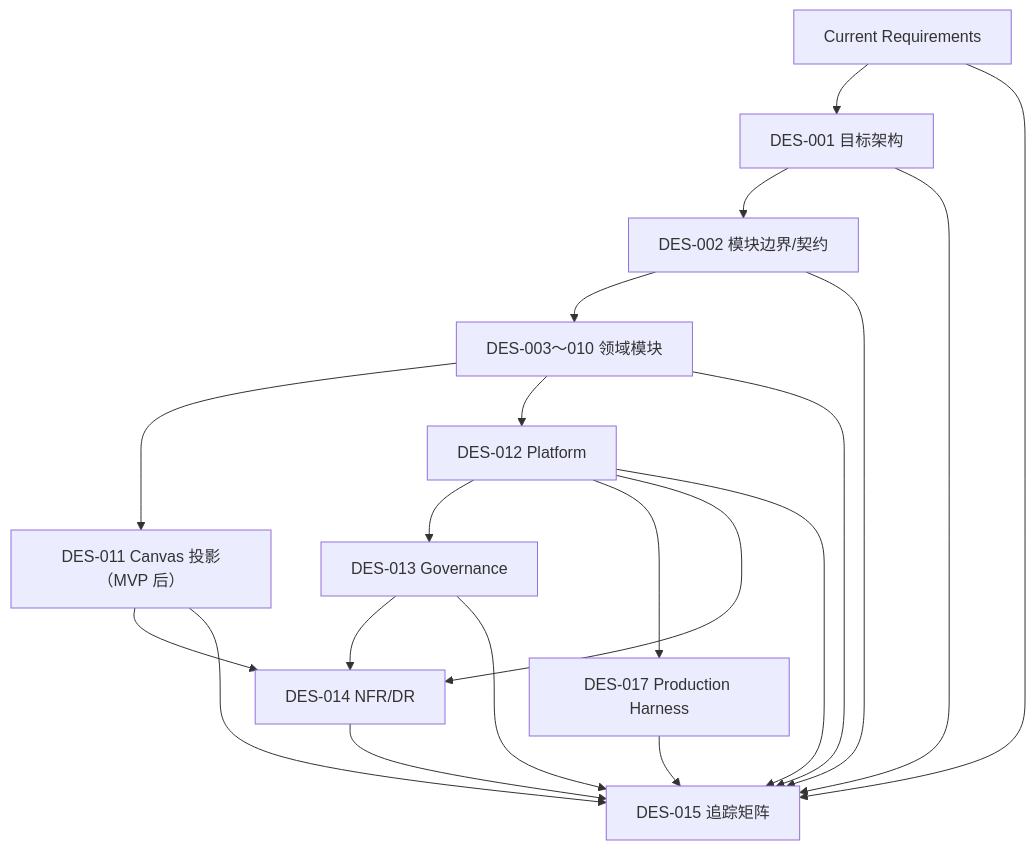
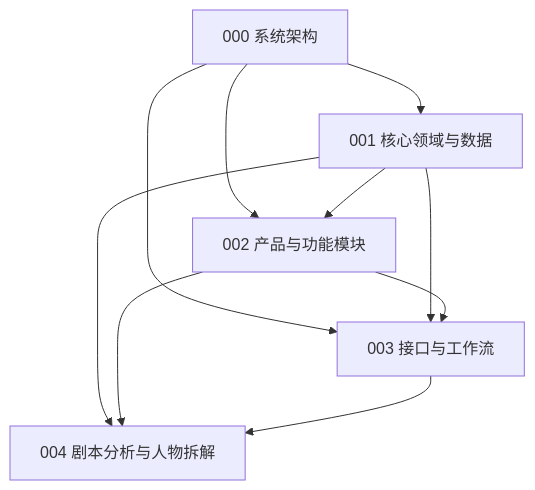
One commit to StephenQiu30/lanverse changed the diagram in docs/design/README.md. Above: the diagram before and after it, drawn with Mermaid. The commit also changed other lines of this file and 65 other files, not shown here.

````diff
--- a/docs/design/README.md
+++ b/docs/design/README.md
@@ -55,22 +23,12 @@
 ```mermaid
 flowchart TD
-    R["Current Requirements"] --> A["DES-001 目标架构"]
-    A --> B["DES-002 模块边界/契约"]
-    B --> D["DES-003～010 领域模块"]
-    D --> C["DES-011 Canvas 投影（MVP 后）"]
-    D --> P["DES-012 Platform"]
-    P --> G["DES-013 Governance"]
-    P --> H["DES-017 Production Harness"]
-    C --> N["DES-014 NFR/DR"]
-    P --> N
-    G --> N
-    R --> T["DES-015 追踪矩阵"]
-    A --> T
-    B --> T
-    D --> T
-    C --> T
-    P --> T
-    G --> T
-    N --> T
-    H --> T
+    A["000 系统架构"] --> B["001 核心领域与数据"]
+    A --> C["002 产品与功能模块"]
+    B --> C
+    A --> D["003 接口与工作流"]
+    B --> D
+    C --> D
+    B --> E["004 剧本分析与人物拆解"]
+    C --> E
+    D --> E
 ```
````
